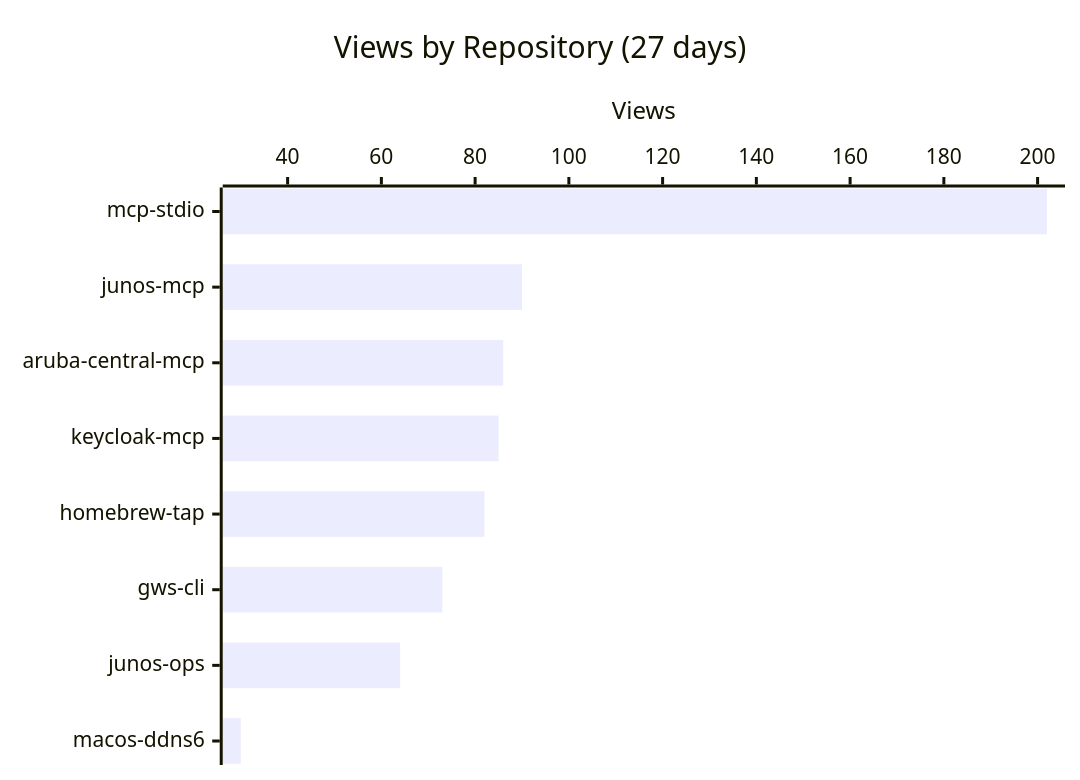
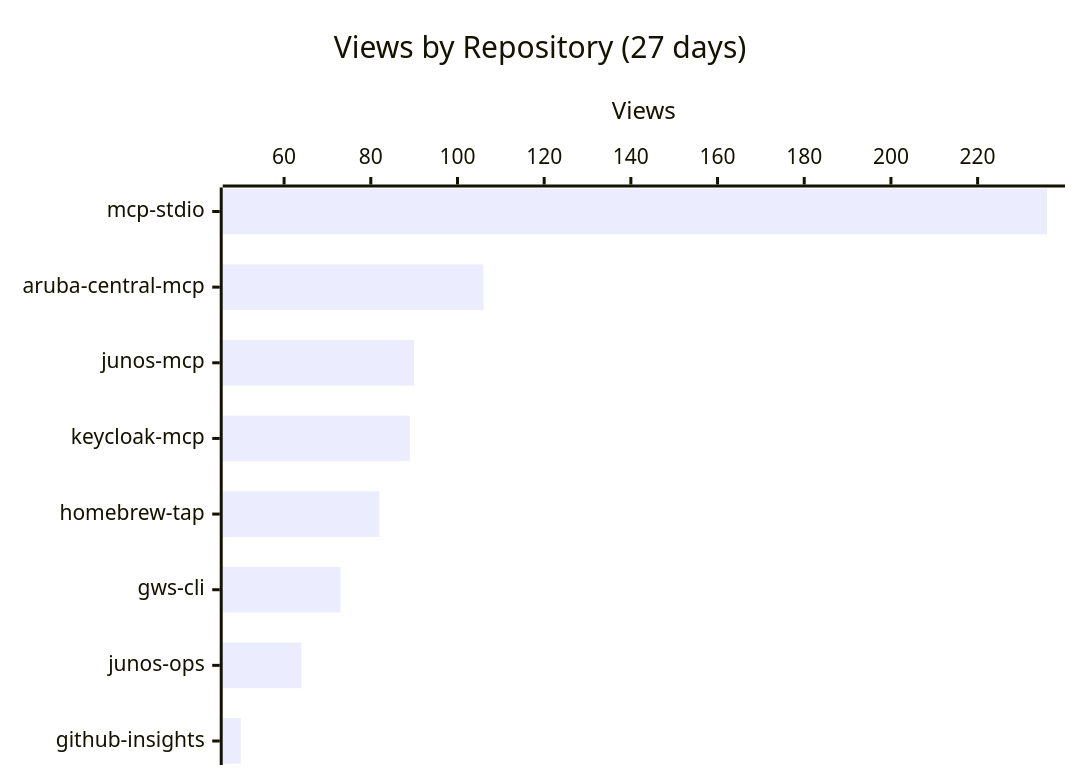
Before and after one commit to shigechika/github-insights: the first of 3 diagrams in README.md, drawn with Mermaid. The commit also changed other lines of this file and 1 other file, not shown here.

````diff
--- a/README.md
+++ b/README.md
@@ -32,7 +32,7 @@
 ```mermaid
 xychart-beta horizontal
     title "Views by Repository (27 days)"
-    x-axis ["mcp-stdio", "junos-mcp", "aruba-central-mcp", "keycloak-mcp", "homebrew-tap", "gws-cli", "junos-ops", "macos-ddns6"]
+    x-axis ["mcp-stdio", "aruba-central-mcp", "junos-mcp", "keycloak-mcp", "homebrew-tap", "gws-cli", "junos-ops", "github-insights"]
     y-axis "Views"
-    bar [202, 90, 86, 85, 82, 73, 64, 30]
+    bar [236, 106, 90, 89, 82, 73, 64, 50]
 ```
````
